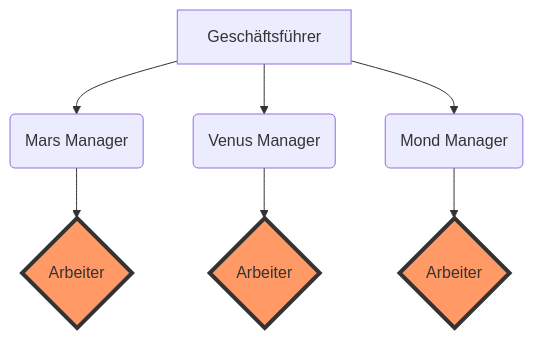
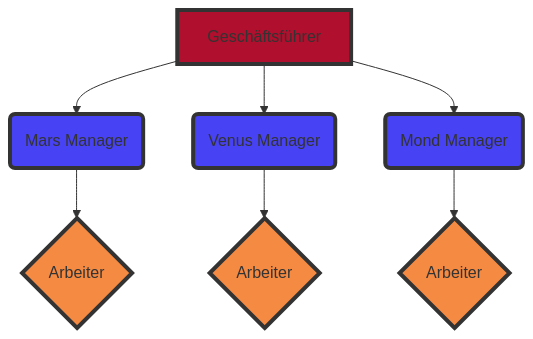
The diagram in Geltungsbereich.md (Team6IT26A/LF4), drawn with Mermaid before and after one commit.

````diff
--- a/Geltungsbereich.md
+++ b/Geltungsbereich.md
@@ -4,18 +4,22 @@
 ```mermaid
 graph TB
     A[Geschäftsführer]
     A --> B(Mars Manager)
     A --> C(Venus Manager)
     A --> D(Mond Manager)
     E{Arbeiter}
     F{Arbeiter}
     G{Arbeiter}
     B --> E
     C --> F
     D --> G
 
-    classDef orange fill:#f96,stroke:#333,stroke-width:4px;
+    classDef red fill:#b0102d,stroke:#333,stroke-width:4px;
+    classDef blue fill:#4842f5,stroke:#333,stroke-width:4px;
+    classDef orange fill:#f58a42,stroke:#333,stroke-width:4px;
+    class A red
+    class B,C,D blue
     class E,F,G orange
 
 
 ```
````
